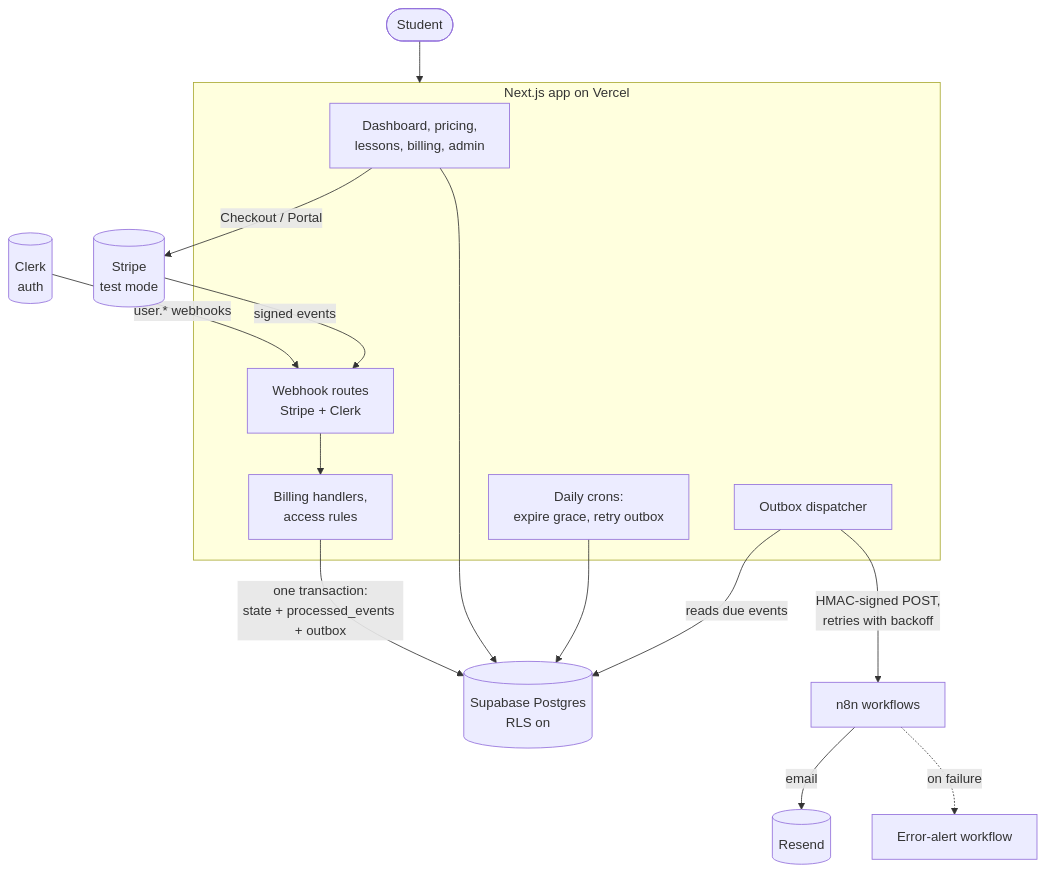
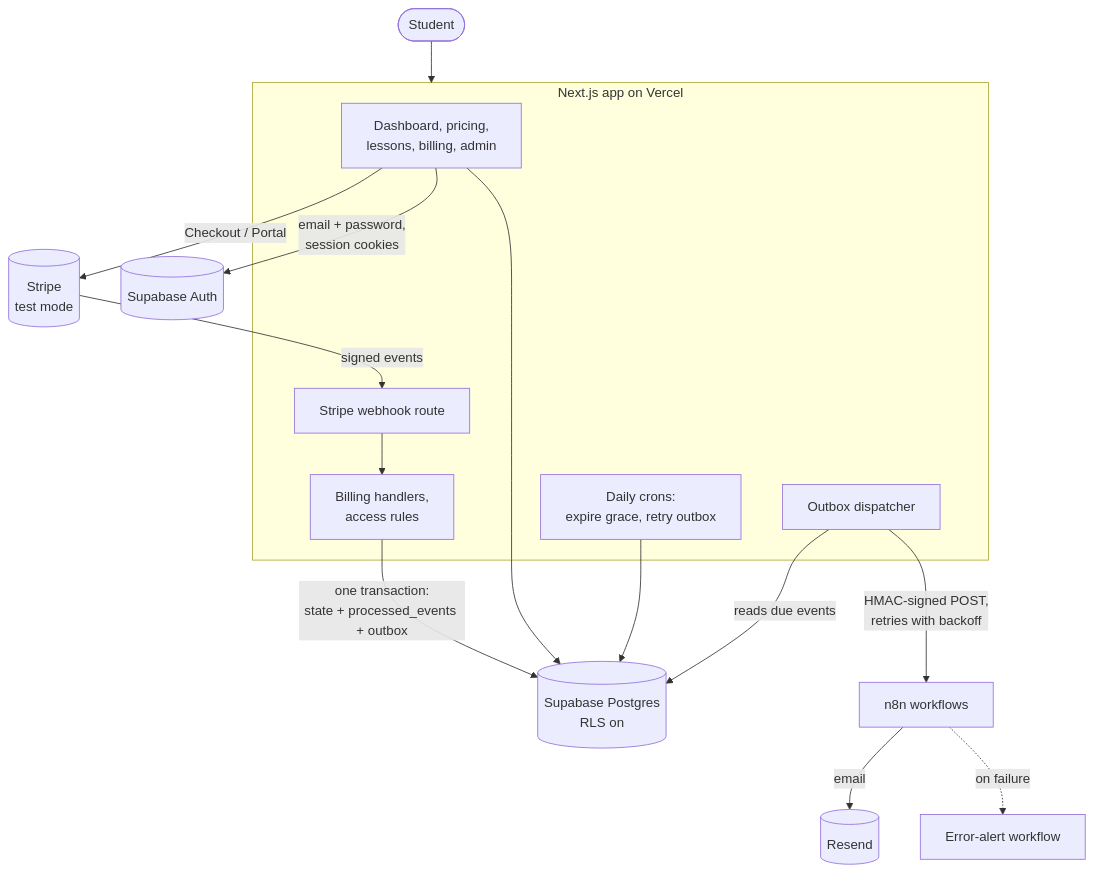
Before and after one commit to jasirjaleel/academy-access-engine: the first of 3 diagrams in README.md, drawn with Mermaid. The commit also changed other lines of this file and 55 other files, not shown here.

First line of the commit message:
Move login from Clerk to Supabase Auth; new admin overview; review fixes

````diff
--- a/README.md
+++ b/README.md
@@ -46,24 +46,24 @@
 ```mermaid
 flowchart TB
   student([Student]) --> app
 
   subgraph app [Next.js app on Vercel]
     pages[Dashboard, pricing,<br/>lessons, billing, admin]
-    hooks[Webhook routes<br/>Stripe + Clerk]
+    hooks[Stripe webhook route]
     lib[Billing handlers,<br/>access rules]
     dispatch[Outbox dispatcher]
     cron[Daily crons:<br/>expire grace, retry outbox]
   end
 
-  clerk[(Clerk<br/>auth)] -- user.* webhooks --> hooks
+  pages -- email + password,<br/>session cookies --> auth[(Supabase Auth)]
   stripe[(Stripe<br/>test mode)] -- signed events --> hooks
   pages -- Checkout / Portal --> stripe
   hooks --> lib
   lib -- "one transaction:<br/>state + processed_events + outbox" --> db[(Supabase Postgres<br/>RLS on)]
   pages --> db
   cron --> db
   dispatch -- reads due events --> db
   dispatch -- "HMAC-signed POST,<br/>retries with backoff" --> n8n[n8n workflows]
   n8n -- email --> resend[(Resend)]
   n8n -. on failure .-> alert[Error-alert workflow]
 ```
````
